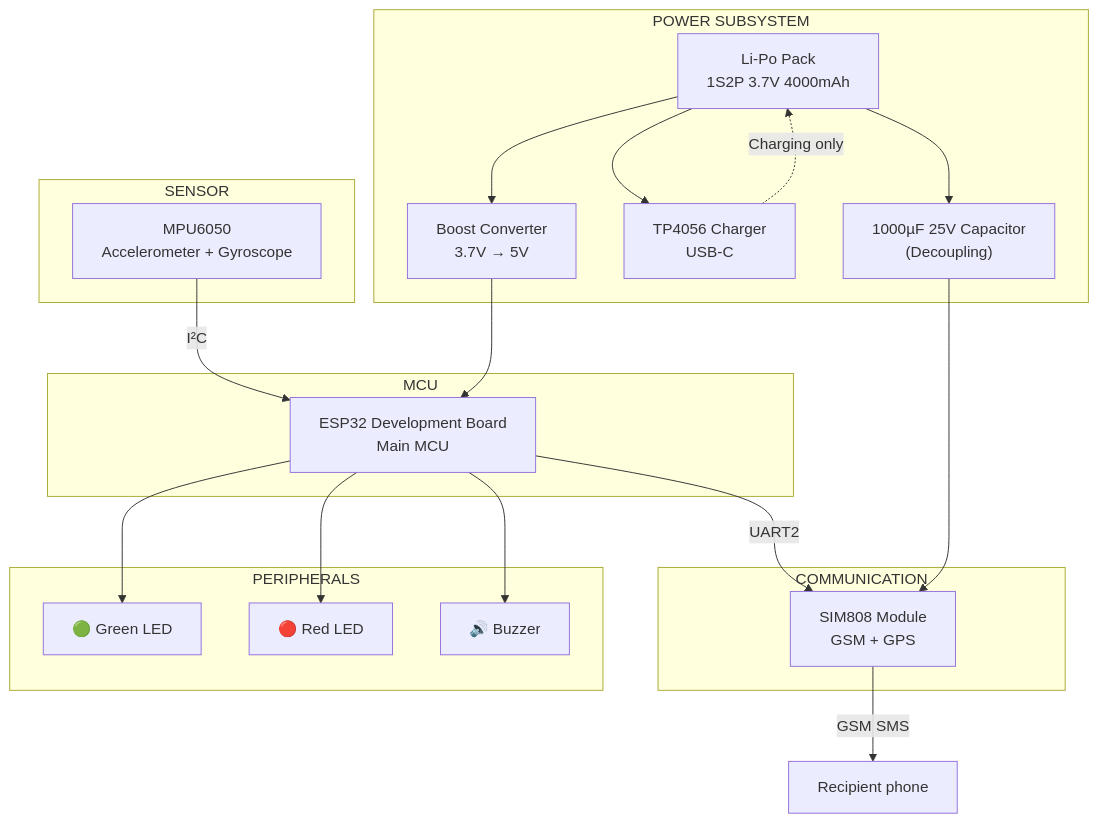
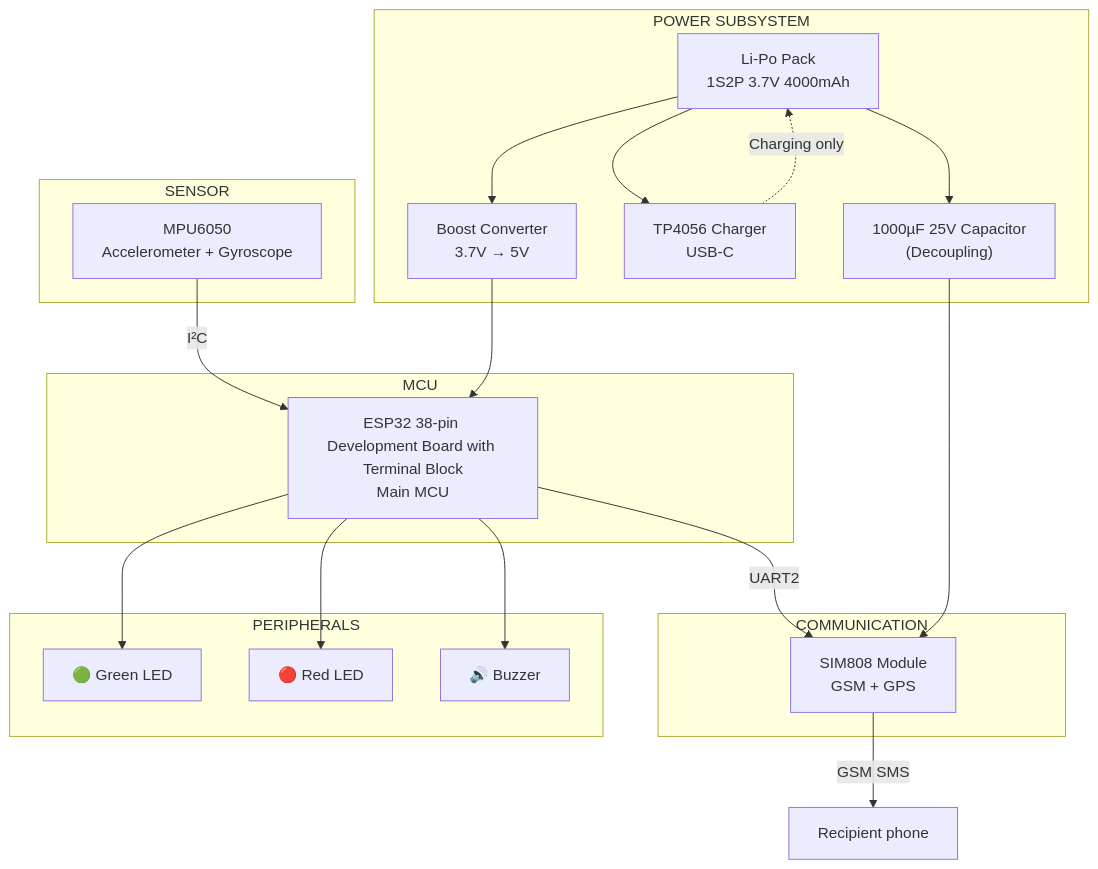
Before and after one commit to qppd/smart-vehicle-impact-detection-device: the first of 6 diagrams in docs/BLOCK-DIAGRAM.md, drawn with Mermaid. The commit also changed 25 other files, not shown here.

````diff
--- a/docs/BLOCK-DIAGRAM.md
+++ b/docs/BLOCK-DIAGRAM.md
@@ -8,40 +8,40 @@
 ```mermaid
 graph TB
     subgraph SENSOR["SENSOR"]
         MPU6050["MPU6050<br/>Accelerometer + Gyroscope"]
     end
 
     subgraph MCU["MCU"]
-        ESP32["ESP32 Development Board<br/>Main MCU"]
+        ESP32["ESP32 38-pin Development Board with Terminal Block<br/>Main MCU"]
     end
 
     subgraph COMM["COMMUNICATION"]
         SIM808["SIM808 Module<br/>GSM + GPS"]
     end
 
     subgraph PERIPH["PERIPHERALS"]
         GREEN["🟢 Green LED"]
         RED["🔴 Red LED"]
         BUZZ["🔊 Buzzer"]
     end
 
     subgraph POWER["POWER SUBSYSTEM"]
         BAT["Li-Po Pack<br/>1S2P 3.7V 4000mAh"]
         BOOST["Boost Converter<br/>3.7V → 5V"]
         TP4056["TP4056 Charger<br/>USB-C"]
         CAP["1000µF 25V Capacitor<br/>(Decoupling)"]
     end
 
     MPU6050 -- "I²C" --> ESP32
     ESP32 -- "UART2" --> SIM808
     SIM808 -- "GSM SMS" --> PHONE["Recipient phone"]
     ESP32 --> GREEN
     ESP32 --> RED
     ESP32 --> BUZZ
     BAT --> BOOST
     BAT --> TP4056
     BAT --> CAP
     CAP --> SIM808
     BOOST --> ESP32
     TP4056 -. "Charging only" .-> BAT
 ```
````
